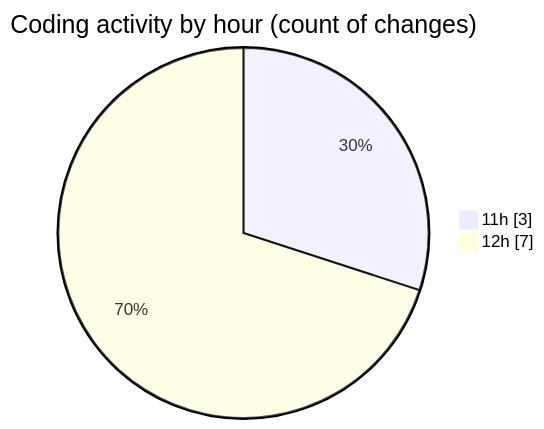
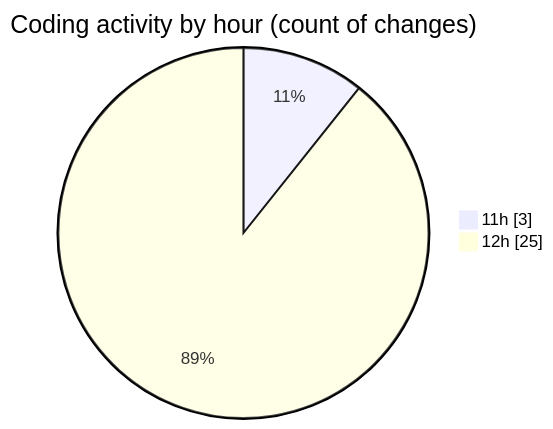
One commit to debugP/code-tracking changed the second of 2 diagrams in 2026-08-14/untitled__workspace_/README.md. Above: the diagram before and after it, drawn with Mermaid. The commit also changed other lines of this file and 1 other file, not shown here.

````diff
--- a/2026-08-14/untitled__workspace_/README.md
+++ b/2026-08-14/untitled__workspace_/README.md
@@ -31,6 +32,6 @@
 ```mermaid
 pie showData
 title Coding activity by hour (count of changes)
 "11h" : 3
-"12h" : 7
+"12h" : 25
 ```
````
